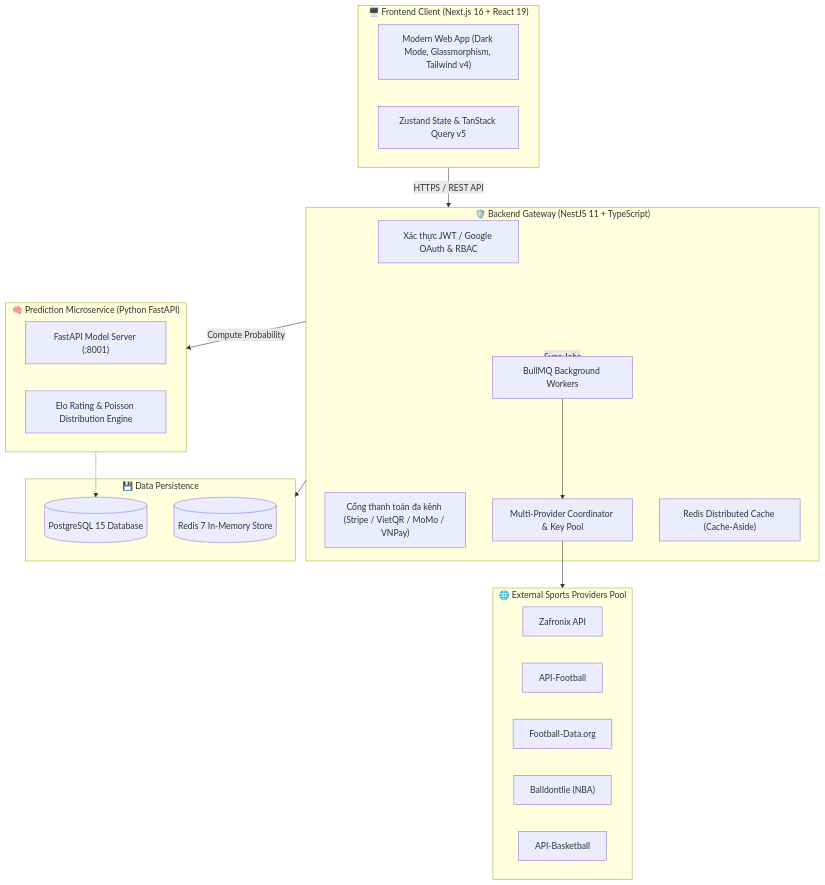
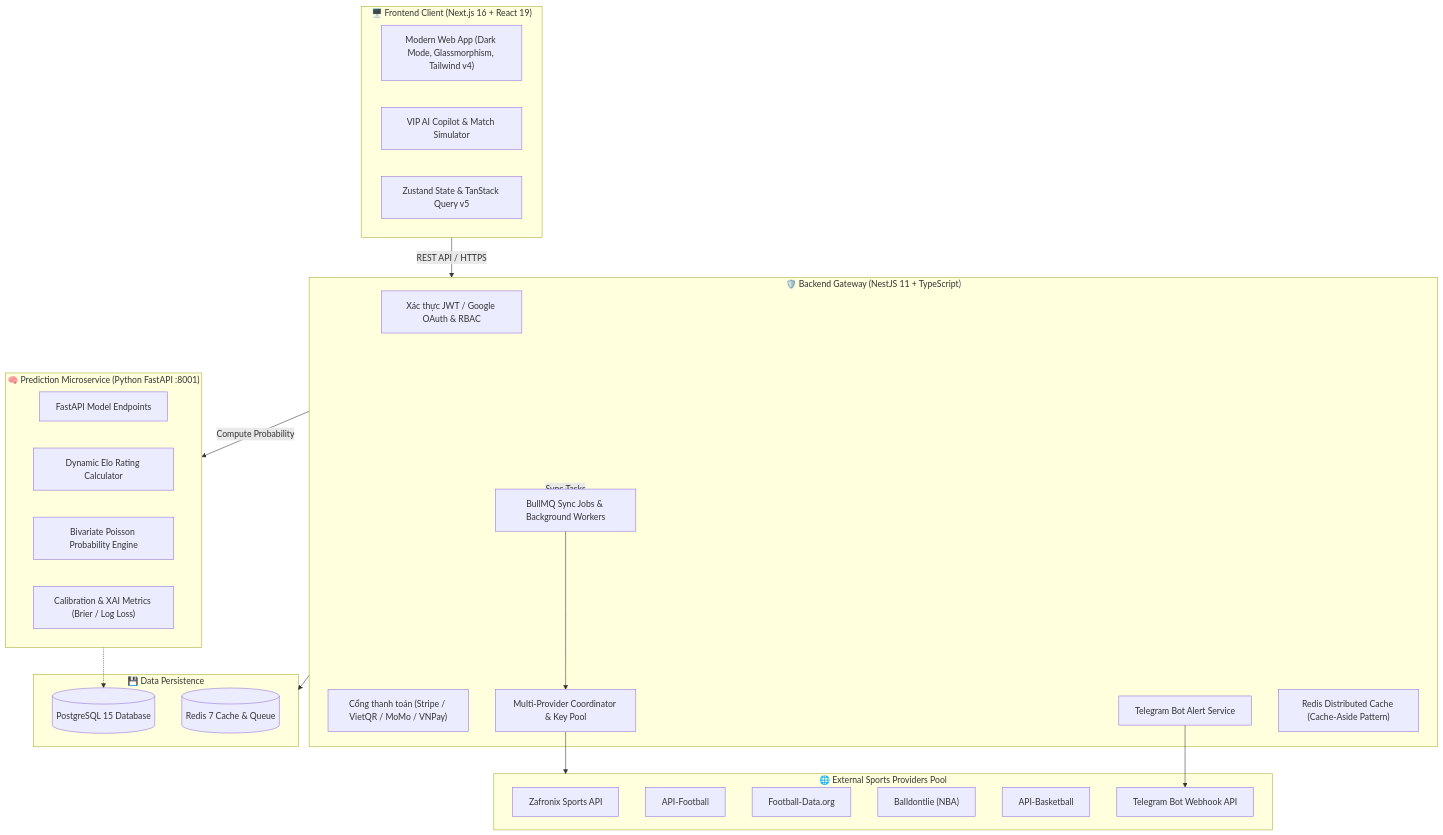
The diagram in README.md (keyaru1910/Iknowball), drawn with Mermaid before and after one commit. The commit also changed other lines of this file, not shown here.

````diff
--- a/README.md
+++ b/README.md
@@ -59,41 +70,47 @@
 ```mermaid
 flowchart TD
     subgraph Client_Layer["🖥️ Frontend Client (Next.js 16 + React 19)"]
         UI["Modern Web App (Dark Mode, Glassmorphism, Tailwind v4)"]
+        Copilot["VIP AI Copilot & Match Simulator"]
         State["Zustand State & TanStack Query v5"]
     end
 
-    subgraph API_Gateway["🛡️ Backend Gateway (NestJS 11 + TypeScript)"]
+    subgraph Gateway_Layer["🛡️ Backend Gateway (NestJS 11 + TypeScript)"]
         AuthMod["Xác thực JWT / Google OAuth & RBAC"]
-        PaymentMod["Cổng thanh toán đa kênh (Stripe / VietQR / MoMo / VNPay)"]
+        PaymentMod["Cổng thanh toán (Stripe / VietQR / MoMo / VNPay)"]
         Coordinator["Multi-Provider Coordinator & Key Pool"]
-        Queue["BullMQ Background Workers"]
-        CacheLayer["Redis Distributed Cache (Cache-Aside)"]
+        Queue["BullMQ Sync Jobs & Background Workers"]
+        AlertService["Telegram Bot Alert Service"]
+        CacheLayer["Redis Distributed Cache (Cache-Aside Pattern)"]
     end
 
-    subgraph AI_Engine["🧠 Prediction Microservice (Python FastAPI)"]
-        MLApi["FastAPI Model Server (:8001)"]
-        EloEngine["Elo Rating & Poisson Distribution Engine"]
+    subgraph AI_Layer["🧠 Prediction Microservice (Python FastAPI :8001)"]
+        MLApi["FastAPI Model Endpoints"]
+        EloEngine["Dynamic Elo Rating Calculator"]
+        PoissonEngine["Bivariate Poisson Probability Engine"]
+        CalibEngine["Calibration & XAI Metrics (Brier / Log Loss)"]
     end
 
-    subgraph Data_Storage["💾 Data Persistence"]
+    subgraph Persistence_Layer["💾 Data Persistence"]
         Postgres[(PostgreSQL 15 Database)]
-        RedisStore[(Redis 7 In-Memory Store)]
+        RedisStore[(Redis 7 Cache & Queue)]
     end
 
     subgraph External_APIs["🌐 External Sports Providers Pool"]
-        ZF["Zafronix API"]
+        ZF["Zafronix Sports API"]
         AF["API-Football"]
         FD["Football-Data.org"]
         BDL["Balldontlie (NBA)"]
         AB["API-Basketball"]
+        TelegramAPI["Telegram Bot Webhook API"]
     end
 
-    Client_Layer -->|HTTPS / REST API| API_Gateway
-    API_Gateway --> Data_Storage
-    API_Gateway -->|Sync Jobs| Queue
+    Client_Layer -->|REST API / HTTPS| Gateway_Layer
+    Gateway_Layer --> Persistence_Layer
+    Gateway_Layer -->|Sync Tasks| Queue
     Queue --> Coordinator
     Coordinator --> External_APIs
-    API_Gateway -->|Compute Probability| AI_Engine
-    AI_Engine -.-> Postgres
+    Gateway_Layer -->|Compute Probability| AI_Layer
+    AI_Layer -.-> Postgres
+    AlertService --> TelegramAPI
 ```
````
